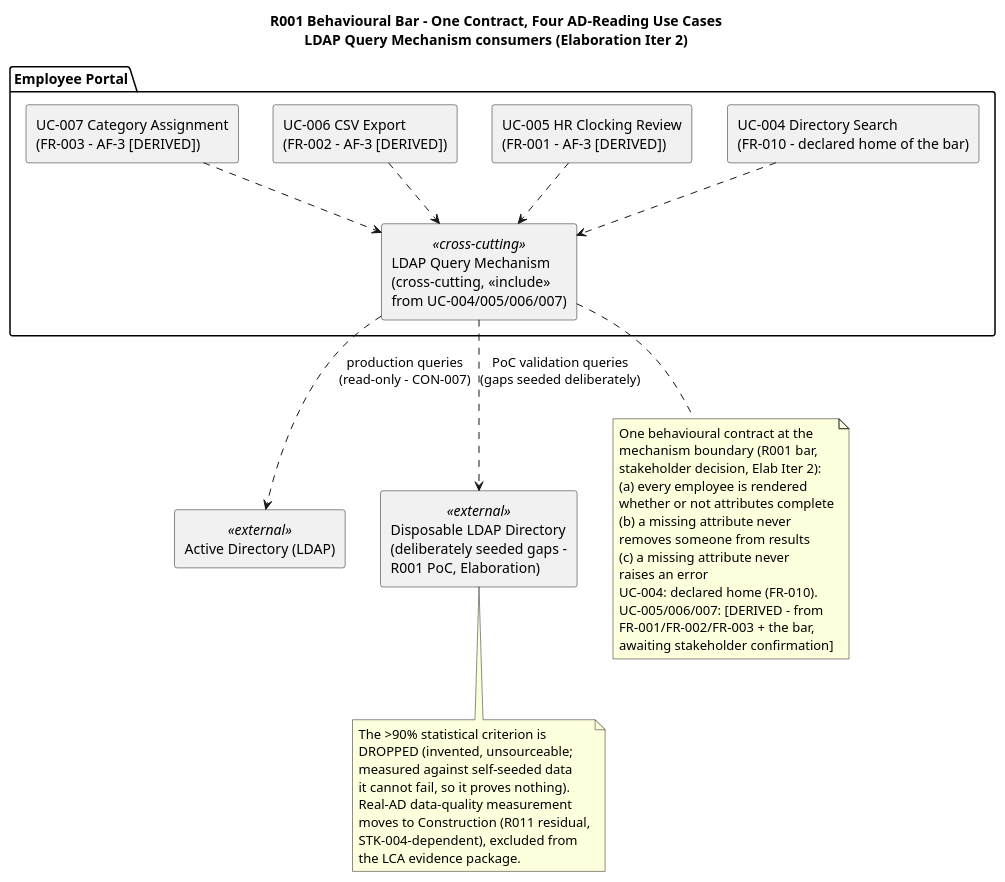
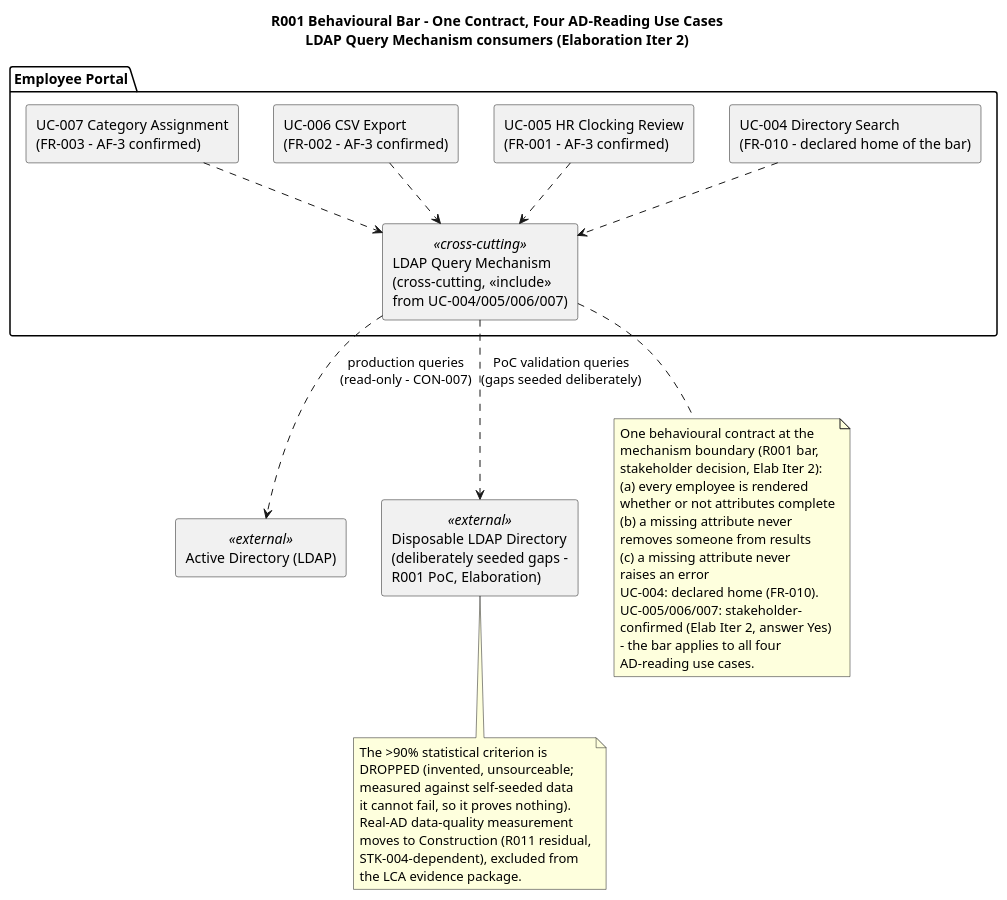
Before and after one commit to banense-test/employee-portal: the first of 2 diagrams in docs/artifacts/requirements/supplementary-specification.md, drawn with PlantUML. The commit also changed other lines of this file, not shown here.

Commit message:
Requirements Specifier [E2]: upsert Supplementary Specification
[skip ci]

````diff
--- a/docs/artifacts/requirements/supplementary-specification.md
+++ b/docs/artifacts/requirements/supplementary-specification.md
@@ -107,54 +107,55 @@
 ```plantuml
 @startuml
 skinparam componentStyle rectangle
 skinparam fontSize 11
 title R001 Behavioural Bar - One Contract, Four AD-Reading Use Cases\nLDAP Query Mechanism consumers (Elaboration Iter 2)
 
 package "Employee Portal" {
   component "UC-004 Directory Search\n(FR-010 - declared home of the bar)" as UC004
-  component "UC-005 HR Clocking Review\n(FR-001 - AF-3 [DERIVED])" as UC005
-  component "UC-006 CSV Export\n(FR-002 - AF-3 [DERIVED])" as UC006
-  component "UC-007 Category Assignment\n(FR-003 - AF-3 [DERIVED])" as UC007
+  component "UC-005 HR Clocking Review\n(FR-001 - AF-3 confirmed)" as UC005
+  component "UC-006 CSV Export\n(FR-002 - AF-3 confirmed)" as UC006
+  component "UC-007 Category Assignment\n(FR-003 - AF-3 confirmed)" as UC007
 
   component "LDAP Query Mechanism\n(cross-cutting, <<include>>\nfrom UC-004/005/006/007)" as LDAP <<cross-cutting>>
 }
 
 component "Active Directory (LDAP)" as AD <<external>>
 component "Disposable LDAP Directory\n(deliberately seeded gaps -\nR001 PoC, Elaboration)" as DISPOSABLE <<external>>
 
 LDAP ..> AD : production queries\n(read-only - CON-007)
 LDAP ..> DISPOSABLE : PoC validation queries\n(gaps seeded deliberately)
 
 UC004 ..> LDAP
 UC005 ..> LDAP
 UC006 ..> LDAP
 UC007 ..> LDAP
 
 note bottom of LDAP
   One behavioural contract at the
   mechanism boundary (R001 bar,
   stakeholder decision, Elab Iter 2):
   (a) every employee is rendered
   whether or not attributes complete
   (b) a missing attribute never
   removes someone from results
   (c) a missing attribute never
   raises an error
   UC-004: declared home (FR-010).
-  UC-005/006/007: [DERIVED - from
-  FR-001/FR-002/FR-003 + the bar,
-  awaiting stakeholder confirmation]
+  UC-005/006/007: stakeholder-
+  confirmed (Elab Iter 2, answer Yes)
+  - the bar applies to all four
+  AD-reading use cases.
 end note
 
 note bottom of DISPOSABLE
   The >90% statistical criterion is
   DROPPED (invented, unsourceable;
   measured against self-seeded data
   it cannot fail, so it proves nothing).
   Real-AD data-quality measurement
   moves to Construction (R011 residual,
   STK-004-dependent), excluded from
   the LCA evidence package.
 end note
 @enduml
 ```
````
